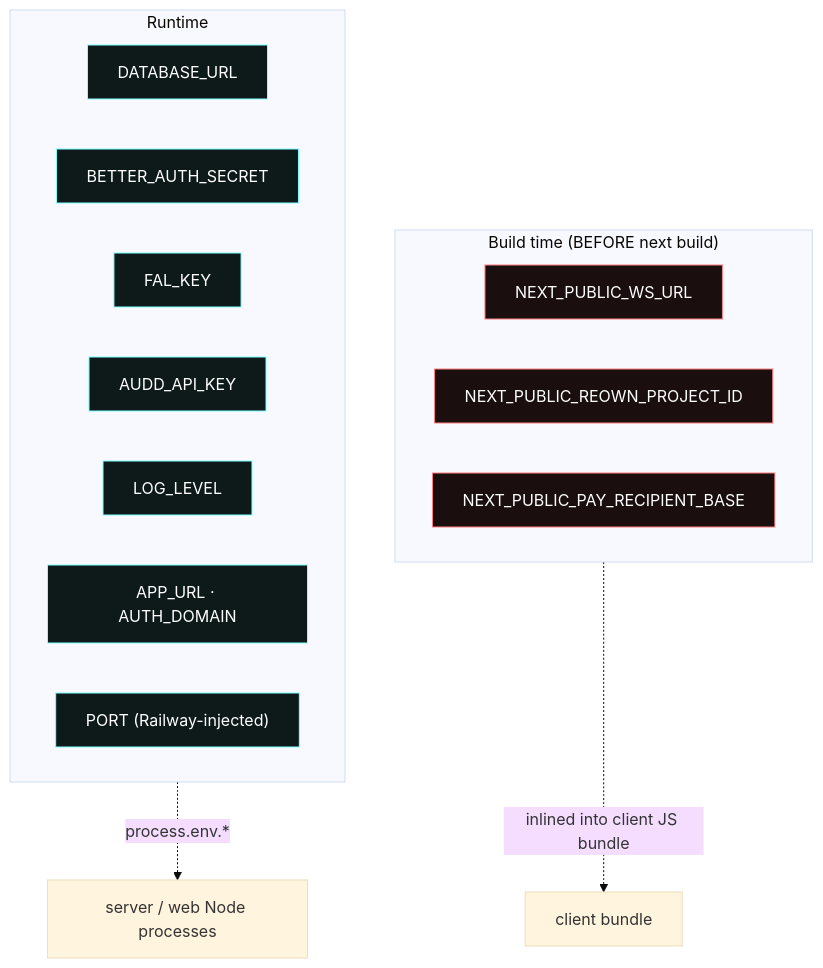
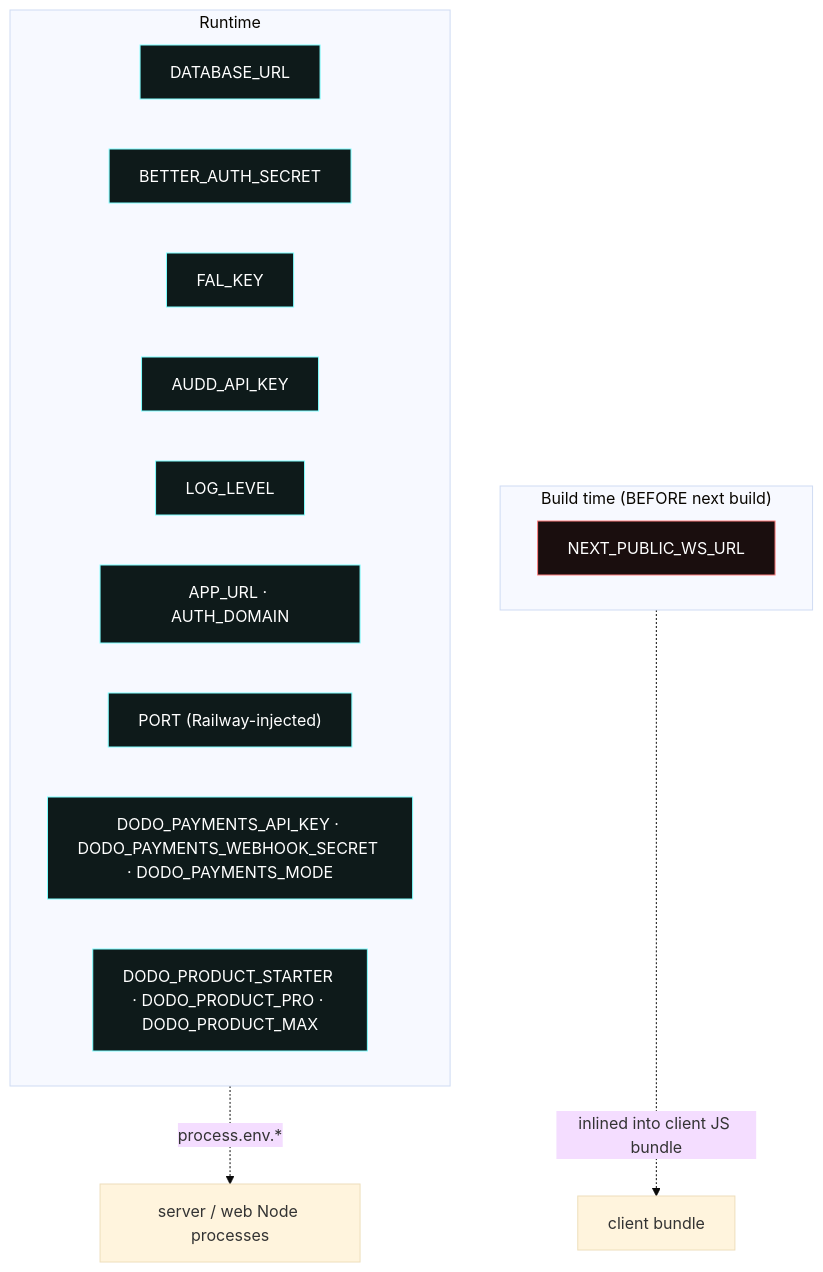
Before and after one commit to grmkris/sonara: the tenth of 13 diagrams in INFRASTRUCTURE.md, drawn with Mermaid (base theme). The commit also changed other lines of this file and 3 other files, not shown here.

````diff
--- a/INFRASTRUCTURE.md
+++ b/INFRASTRUCTURE.md
@@ -335,28 +333,28 @@
 ```mermaid
 flowchart TB
     subgraph BT["Build time (BEFORE next build)"]
         direction LR
         N1["NEXT_PUBLIC_WS_URL"]
-        N2["NEXT_PUBLIC_REOWN_PROJECT_ID"]
-        N3["NEXT_PUBLIC_PAY_RECIPIENT_BASE"]
     end
 
     subgraph RT["Runtime"]
         direction LR
         R1["DATABASE_URL"]
         R2["BETTER_AUTH_SECRET"]
         R3["FAL_KEY"]
         R4["AUDD_API_KEY"]
         R5["LOG_LEVEL"]
         R6["APP_URL · AUTH_DOMAIN"]
         R7["PORT (Railway-injected)"]
+        R8["DODO_PAYMENTS_API_KEY · DODO_PAYMENTS_WEBHOOK_SECRET · DODO_PAYMENTS_MODE"]
+        R9["DODO_PRODUCT_STARTER · DODO_PRODUCT_PRO · DODO_PRODUCT_MAX"]
     end
 
     BT -. "inlined into client JS bundle" .-> Browser["client bundle"]
     RT -. "process.env.*" .-> ServerProc["server / web Node processes"]
 
     classDef build fill:#1a0e0e,stroke:#ff7f7f,color:#fff
     classDef runtime fill:#0e1a1a,stroke:#7fffff,color:#fff
-    class N1,N2,N3 build
-    class R1,R2,R3,R4,R5,R6,R7 runtime
+    class N1 build
+    class R1,R2,R3,R4,R5,R6,R7,R8,R9 runtime
 ```
````
